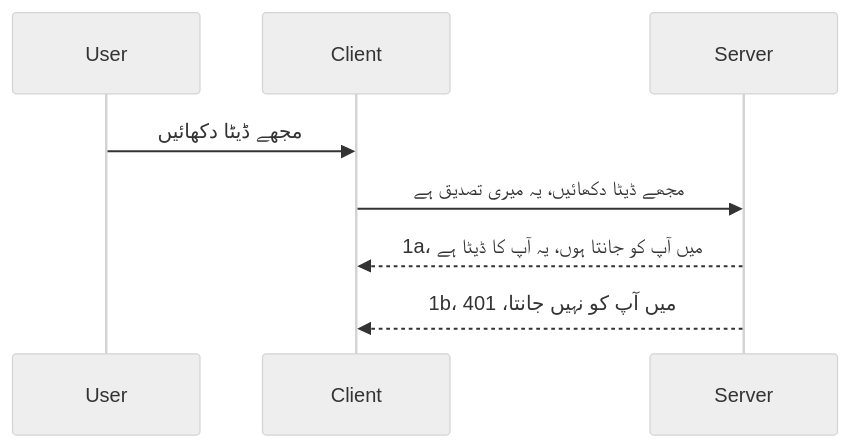
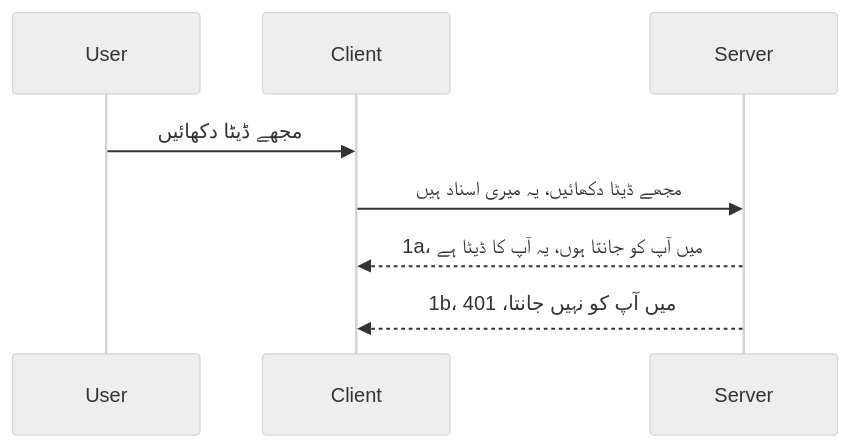
One commit to HIDORAKAI002/ai-workspace-archive changed the diagram in mcp_ecosystem__model_context_protocol/mcp_learning_resources/mcp-for-beginners/translations/ur/03-GettingStarted/11-simple-auth/README.md. Above: the diagram before and after it, drawn with Mermaid (neutral theme). The commit also changed other lines of this file and 1160 other files, not shown here.

````diff
--- a/mcp_ecosystem__model_context_protocol/mcp_learning_resources/mcp-for-beginners/translations/ur/03-GettingStarted/11-simple-auth/README.md
+++ b/mcp_ecosystem__model_context_protocol/mcp_learning_resources/mcp-for-beginners/translations/ur/03-GettingStarted/11-simple-auth/README.md
@@ -25,11 +24,11 @@
 ```mermaid
 sequenceDiagram
    participant User
    participant Client
    participant Server
 
    User->>Client: مجھے ڈیٹا دکھائیں
-   Client->>Server: مجھے ڈیٹا دکھائیں، یہ میری تصدیق ہے
+   Client->>Server: مجھے ڈیٹا دکھائیں، یہ میری اسناد ہیں
    Server-->>Client: 1a، میں آپ کو جانتا ہوں، یہ آپ کا ڈیٹا ہے
    Server-->>Client: 1b، میں آپ کو نہیں جانتا، 401 
 ```
````
